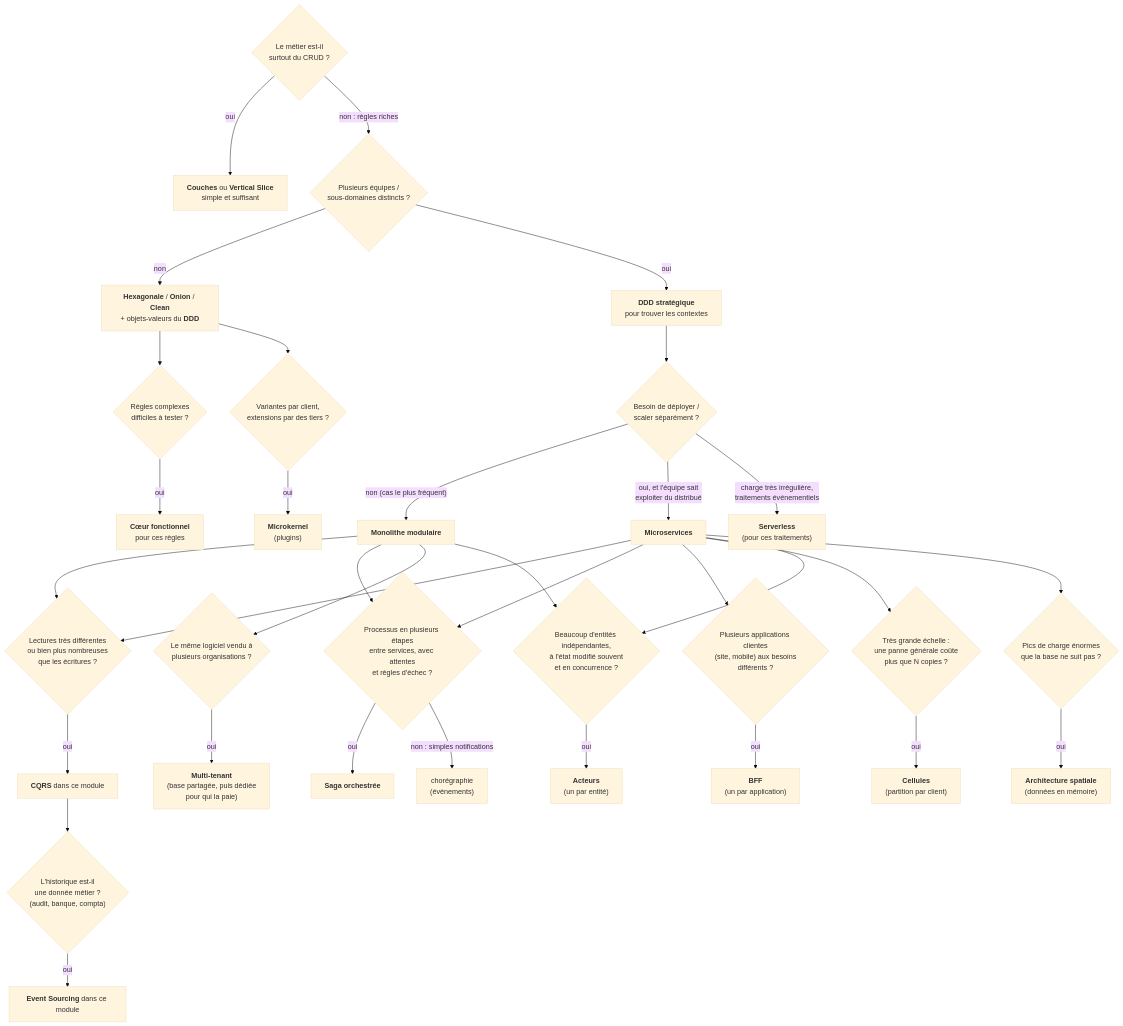
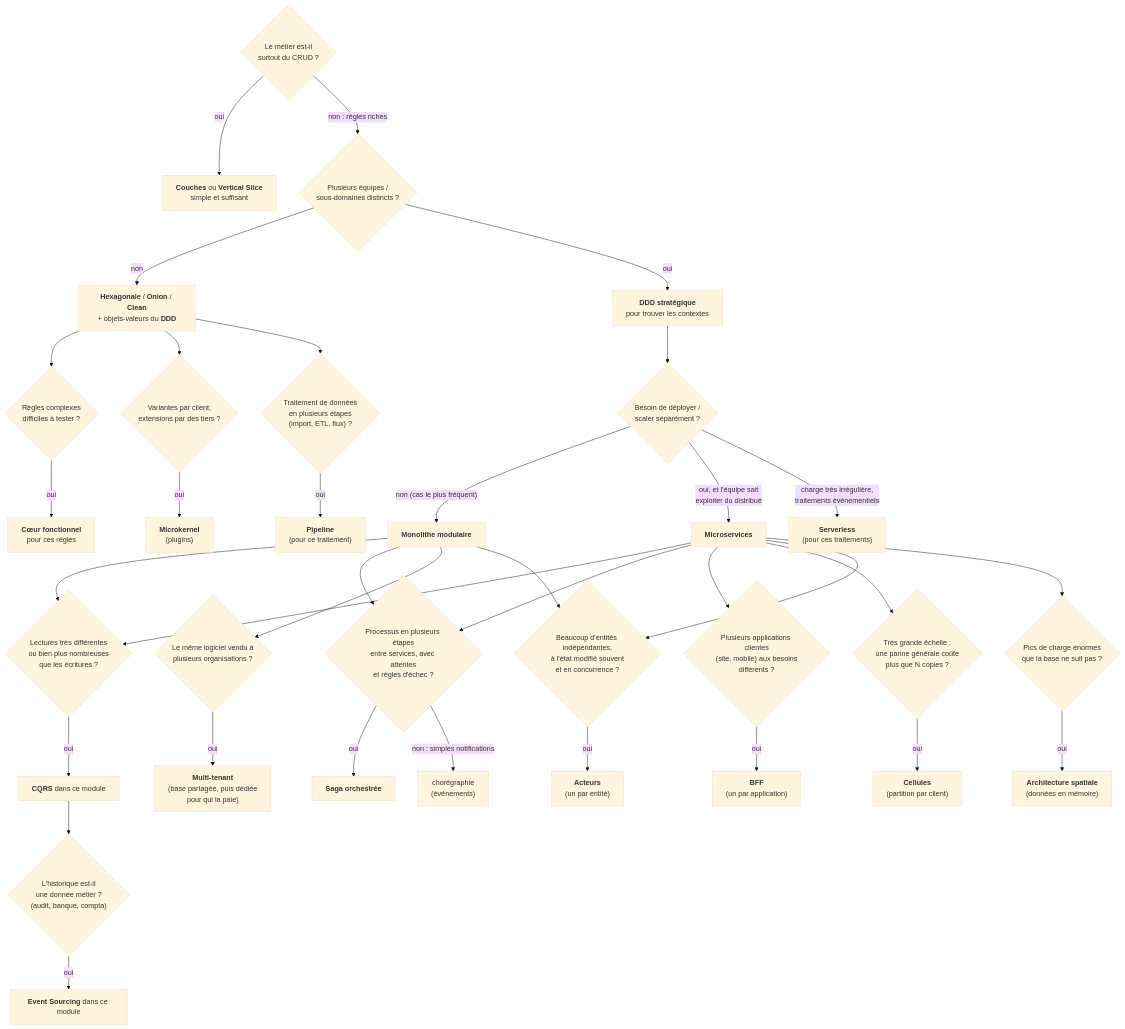
Before and after one commit to drangoht/ArchitecturesDemo: the third of 4 diagrams in Docs/README.md, drawn with Mermaid (base theme). The commit also changed other lines of this file and 26 other files, not shown here.

````diff
--- a/Docs/README.md
+++ b/Docs/README.md
@@ -112,35 +114,37 @@
 ```mermaid
 flowchart TD
     A{"Le métier est-il<br/>surtout du CRUD ?"} -->|oui| B["<b>Couches</b> ou <b>Vertical Slice</b><br/>simple et suffisant"]
     A -->|"non : règles riches"| C{"Plusieurs équipes /<br/>sous-domaines distincts ?"}
     C -->|non| D["<b>Hexagonale</b> / <b>Onion</b> / <b>Clean</b><br/>+ objets-valeurs du <b>DDD</b>"]
     C -->|oui| E["<b>DDD stratégique</b><br/>pour trouver les contextes"]
     E --> F{"Besoin de déployer /<br/>scaler séparément ?"}
     F -->|"non (cas le plus fréquent)"| G["<b>Monolithe modulaire</b>"]
     F -->|"oui, et l'équipe sait<br/>exploiter du distribué"| H["<b>Microservices</b>"]
     F -->|"charge très irrégulière,<br/>traitements événementiels"| S["<b>Serverless</b><br/>(pour ces traitements)"]
     G --> I{"Lectures très différentes<br/>ou bien plus nombreuses<br/>que les écritures ?"}
     H --> I
     I -->|oui| J["<b>CQRS</b> dans ce module"]
     J --> K{"L'historique est-il<br/>une donnée métier ?<br/>(audit, banque, compta)"}
     K -->|oui| L["<b>Event Sourcing</b> dans ce module"]
     D --> M{"Règles complexes<br/>difficiles à tester ?"}
     M -->|oui| N["<b>Cœur fonctionnel</b><br/>pour ces règles"]
     D --> P{"Variantes par client,<br/>extensions par des tiers ?"}
     P -->|oui| Q["<b>Microkernel</b><br/>(plugins)"]
+    D --> PL{"Traitement de données<br/>en plusieurs étapes<br/>(import, ETL, flux) ?"}
+    PL -->|oui| PM["<b>Pipeline</b><br/>(pour ce traitement)"]
     H --> T{"Processus en plusieurs étapes<br/>entre services, avec attentes<br/>et règles d'échec ?"}
     G --> T
     T -->|oui| U["<b>Saga orchestrée</b>"]
     T -->|"non : simples notifications"| V["chorégraphie<br/>(événements)"]
     G --> W{"Le même logiciel vendu à<br/>plusieurs organisations ?"}
     W -->|oui| X["<b>Multi-tenant</b><br/>(base partagée, puis dédiée<br/>pour qui la paie)"]
     H --> Y{"Plusieurs applications clientes<br/>(site, mobile) aux besoins<br/>différents ?"}
     Y -->|oui| Z["<b>BFF</b><br/>(un par application)"]
     H --> CA{"Très grande échelle :<br/>une panne générale coûte<br/>plus que N copies ?"}
     CA -->|oui| CB["<b>Cellules</b><br/>(partition par client)"]
     G --> AC{"Beaucoup d'entités indépendantes,<br/>à l'état modifié souvent<br/>et en concurrence ?"}
     H --> AC
     AC -->|oui| AD["<b>Acteurs</b><br/>(un par entité)"]
     H --> SB{"Pics de charge énormes<br/>que la base ne suit pas ?"}
     SB -->|oui| SC["<b>Architecture spatiale</b><br/>(données en mémoire)"]
 ```
````
